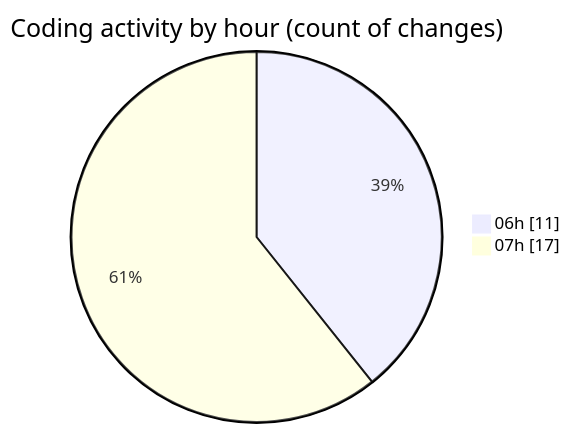
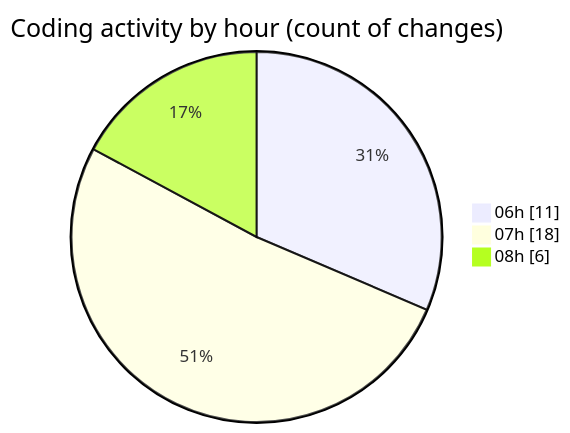
One commit to robertbonfada/code-tracking changed the second of 2 diagrams in 2025-01-22/mbc-web/README.md. Above: the diagram before and after it, drawn with Mermaid. The commit also changed other lines of this file and 1 other file, not shown here.

````diff
--- a/2025-01-22/mbc-web/README.md
+++ b/2025-01-22/mbc-web/README.md
@@ -32,6 +34,7 @@
 ```mermaid
 pie showData
 title Coding activity by hour (count of changes)
 "06h" : 11
-"07h" : 17
+"07h" : 18
+"08h" : 6
 ```
````
